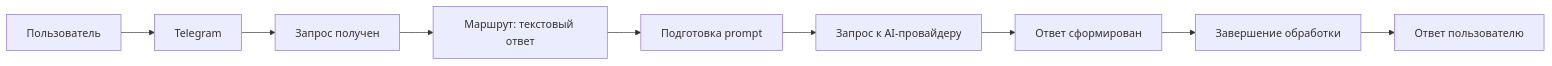
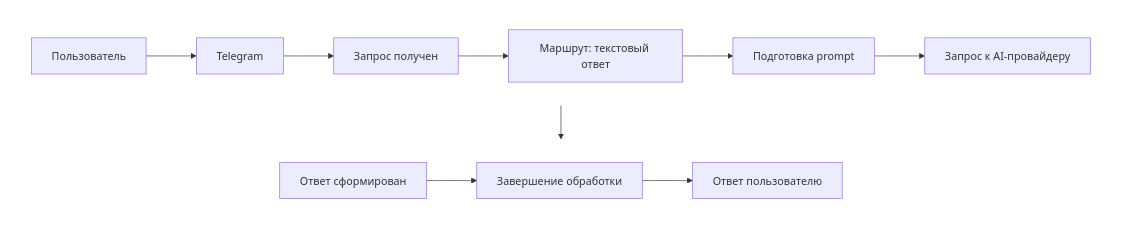
One commit to AlexLvGulyaev/Assistant-Flow changed the first of 4 diagrams in docs/USER_GUIDE.md. Above: the diagram before and after it, drawn with Mermaid. The commit also changed other lines of this file and 7 other files, not shown here.

First line of the commit message:
docs: снять тезис heavy-RAG (прогон 15.09 деградации не показал), hero без подписей, схемы USER_GUIDE в два ряда

````diff
--- a/docs/USER_GUIDE.md
+++ b/docs/USER_GUIDE.md
@@ -41,11 +41,14 @@
 ```mermaid
-flowchart LR
-    U[Пользователь] --> TG[Telegram]
-    TG --> S1[Запрос получен]
-    S1 --> S2[Маршрут: текстовый ответ]
-    S2 --> S3[Подготовка prompt]
-    S3 --> S4[Запрос к AI-провайдеру]
-    S4 --> S5[Ответ сформирован]
-    S5 --> S6[Завершение обработки]
-    S6 --> A[Ответ пользователю]
+flowchart TB
+    subgraph r1 [" "]
+        direction LR
+        U[Пользователь] --> TG[Telegram] --> S1[Запрос получен] --> S2[Маршрут: текстовый ответ] --> S3[Подготовка prompt] --> S4[Запрос к AI-провайдеру]
+    end
+    subgraph r2 [" "]
+        direction LR
+        S5[Ответ сформирован] --> S6[Завершение обработки] --> A[Ответ пользователю]
+    end
+    S4 --> S5
+    style r1 fill:none,stroke:none
+    style r2 fill:none,stroke:none
 ```
````
